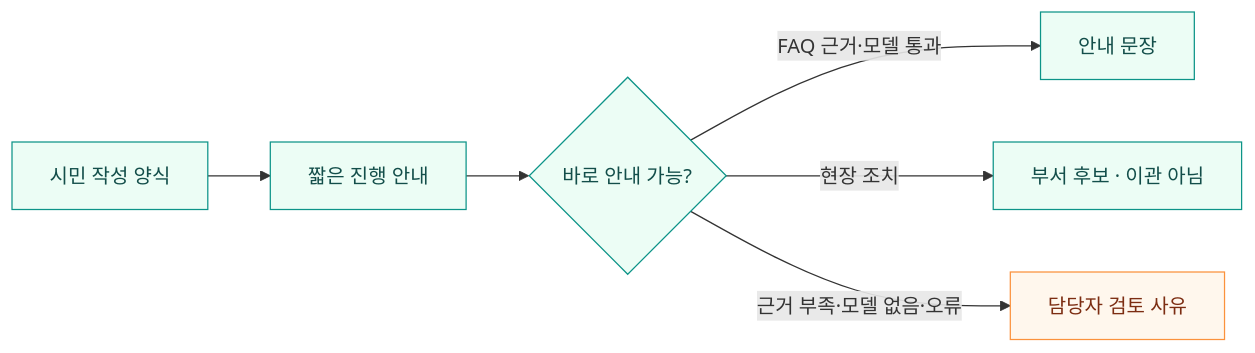
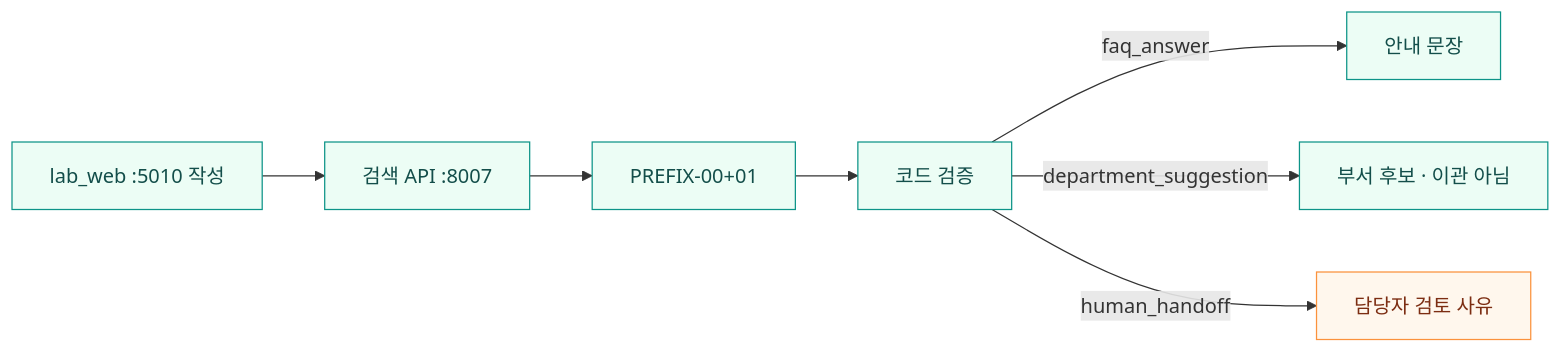
Before and after one commit to hy040504/ai-complaint-process: the first of 3 diagrams in README.md, drawn with Mermaid. The commit also changed other lines of this file and 31 other files, not shown here.

````diff
--- a/README.md
+++ b/README.md
@@ -97,12 +98,13 @@
 ```mermaid
 flowchart LR
-    W[시민 작성 양식] --> L[짧은 진행 안내]
-    L --> A{바로 안내 가능?}
-    A -->|FAQ 근거·모델 통과| F[안내 문장]
-    A -->|현장 조치| D[부서 후보 · 이관 아님]
-    A -->|근거 부족·모델 없음·오류| H[담당자 검토 사유]
+    W[lab_web :5010 작성] --> S[검색 API :8007]
+    S --> C[PREFIX-00+01]
+    C --> V[코드 검증]
+    V -->|faq_answer| F[안내 문장]
+    V -->|department_suggestion| D[부서 후보 · 이관 아님]
+    V -->|human_handoff| H[담당자 검토 사유]
     classDef ready fill:#ecfdf5,stroke:#0d9488,color:#134e4a
     classDef human fill:#fff7ed,stroke:#fb923c,color:#7c2d12
-    class W,L,A,F,D ready
+    class W,S,C,V,F,D ready
     class H human
 ```
````
